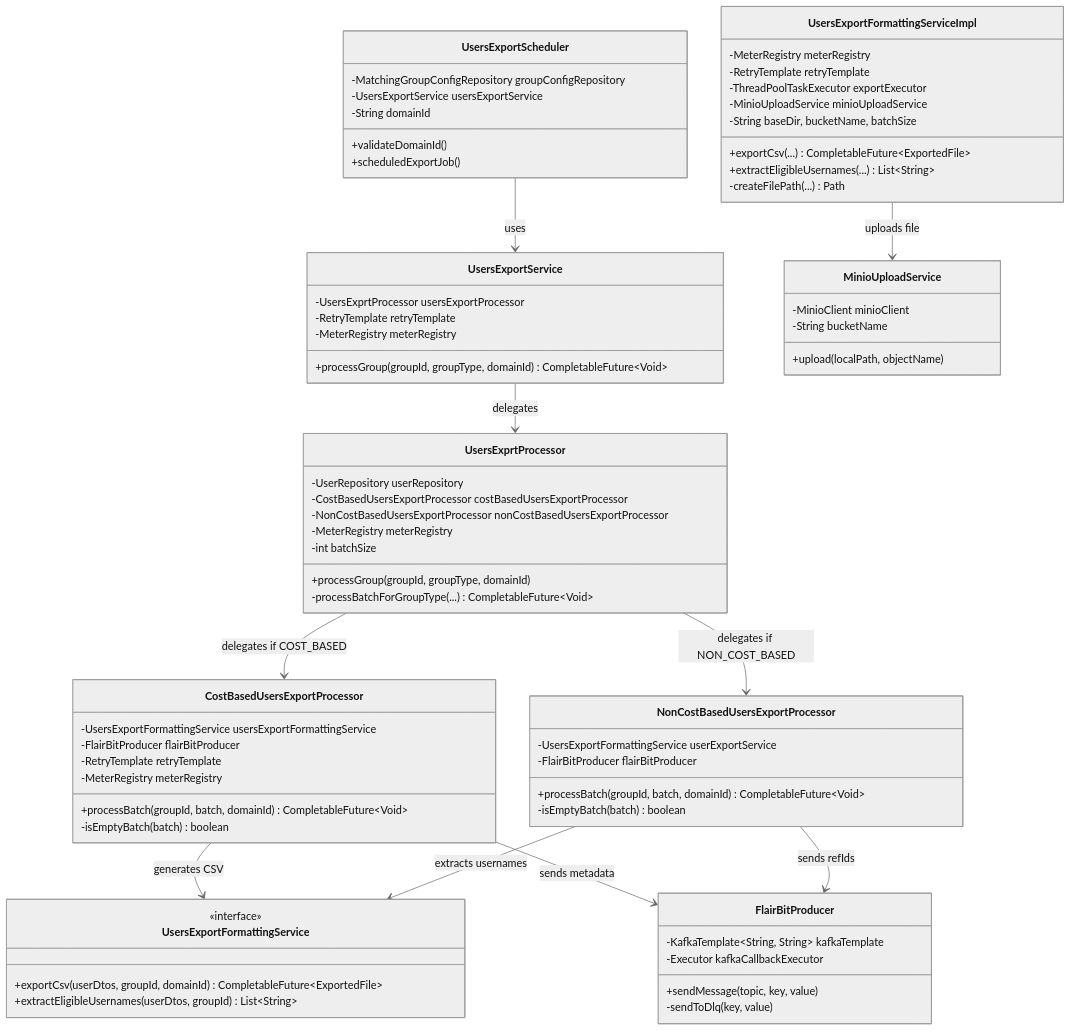
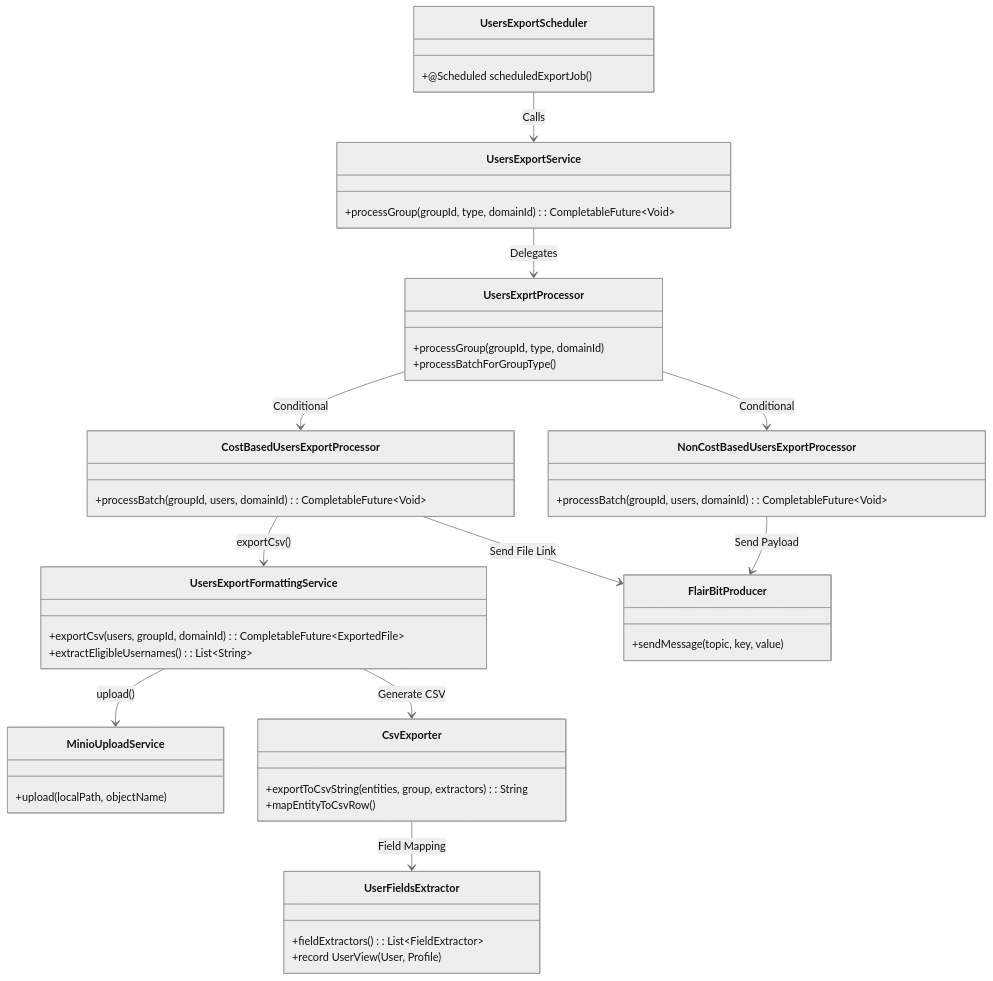
Before and after one commit to kagit00/flairbit: the first of 3 diagrams in docs/LLD/UsersExportLLD.md, drawn with Mermaid (neutral theme). The commit also changed other lines of this file, not shown here.

````diff
--- a/docs/LLD/UsersExportLLD.md
+++ b/docs/LLD/UsersExportLLD.md
@@ -141,84 +91,57 @@
 ```mermaid
 classDiagram
-
     class UsersExportScheduler {
-        -MatchingGroupConfigRepository groupConfigRepository
-        -UsersExportService usersExportService
-        -String domainId
-        +validateDomainId()
-        +scheduledExportJob()
+        +@Scheduled scheduledExportJob()
     }
 
     class UsersExportService {
-        -UsersExprtProcessor usersExportProcessor
-        -RetryTemplate retryTemplate
-        -MeterRegistry meterRegistry
-        +processGroup(groupId, groupType, domainId) CompletableFuture~Void~
+        +processGroup(groupId, type, domainId): CompletableFuture~Void~
     }
 
     class UsersExprtProcessor {
-        -UserRepository userRepository
-        -CostBasedUsersExportProcessor costBasedUsersExportProcessor
-        -NonCostBasedUsersExportProcessor nonCostBasedUsersExportProcessor
-        -MeterRegistry meterRegistry
-        -int batchSize
-        +processGroup(groupId, groupType, domainId)
-        -processBatchForGroupType(...) CompletableFuture~Void~
+        +processGroup(groupId, type, domainId)
+        +processBatchForGroupType()
     }
 
     class CostBasedUsersExportProcessor {
-        -UsersExportFormattingService usersExportFormattingService
-        -FlairBitProducer flairBitProducer
-        -RetryTemplate retryTemplate
-        -MeterRegistry meterRegistry
-        +processBatch(groupId, batch, domainId) CompletableFuture~Void~
-        -isEmptyBatch(batch) boolean
+        +processBatch(groupId, users, domainId): CompletableFuture~Void~
     }
 
     class NonCostBasedUsersExportProcessor {
-        -UsersExportFormattingService userExportService
-        -FlairBitProducer flairBitProducer
-        +processBatch(groupId, batch, domainId) CompletableFuture~Void~
-        -isEmptyBatch(batch) boolean
+        +processBatch(groupId, users, domainId): CompletableFuture~Void~
     }
 
     class UsersExportFormattingService {
-        <<interface>>
-        +exportCsv(userDtos, groupId, domainId) CompletableFuture~ExportedFile~
-        +extractEligibleUsernames(userDtos, groupId) List~String~
-    }
-
-    class UsersExportFormattingServiceImpl {
-        -MeterRegistry meterRegistry
-        -RetryTemplate retryTemplate
-        -ThreadPoolTaskExecutor exportExecutor
-        -MinioUploadService minioUploadService
-        -String baseDir, bucketName, batchSize
-        +exportCsv(...) CompletableFuture~ExportedFile~
-        +extractEligibleUsernames(...) List~String~
-        -createFilePath(...) Path
+        +exportCsv(users, groupId, domainId): CompletableFuture~ExportedFile~
+        +extractEligibleUsernames(): List~String~
     }
 
     class MinioUploadService {
-        -MinioClient minioClient
-        -String bucketName
         +upload(localPath, objectName)
     }
 
     class FlairBitProducer {
-        -KafkaTemplate~String, String~ kafkaTemplate
-        -Executor kafkaCallbackExecutor
         +sendMessage(topic, key, value)
-        -sendToDlq(key, value)
     }
 
-    UsersExportScheduler --> UsersExportService : uses
-    UsersExportService --> UsersExprtProcessor : delegates
-    UsersExprtProcessor --> CostBasedUsersExportProcessor : delegates if COST_BASED
-    UsersExprtProcessor --> NonCostBasedUsersExportProcessor : delegates if NON_COST_BASED
-    CostBasedUsersExportProcessor --> UsersExportFormattingService : generates CSV
-    NonCostBasedUsersExportProcessor --> UsersExportFormattingService : extracts usernames
-    UsersExportFormattingServiceImpl --> MinioUploadService : uploads file
-    CostBasedUsersExportProcessor --> FlairBitProducer : sends metadata
-    NonCostBasedUsersExportProcessor --> FlairBitProducer : sends refIds
+    class CsvExporter {
+        +exportToCsvString(entities, group, extractors): String
+        +mapEntityToCsvRow()
+    }
+
+    class UserFieldsExtractor {
+        +fieldExtractors(): List~FieldExtractor~
+        +record UserView(User, Profile)
+    }
+
+    UsersExportScheduler --> UsersExportService : Calls
+    UsersExportService --> UsersExprtProcessor : Delegates
+    UsersExprtProcessor --> CostBasedUsersExportProcessor : Conditional
+    UsersExprtProcessor --> NonCostBasedUsersExportProcessor : Conditional
+    CostBasedUsersExportProcessor --> UsersExportFormattingService : exportCsv()
+    UsersExportFormattingService --> MinioUploadService : upload()
+    UsersExportFormattingService --> CsvExporter : Generate CSV
+    CsvExporter --> UserFieldsExtractor : Field Mapping
+    CostBasedUsersExportProcessor --> FlairBitProducer : Send File Link
+    NonCostBasedUsersExportProcessor --> FlairBitProducer : Send Payload
 ```
````
